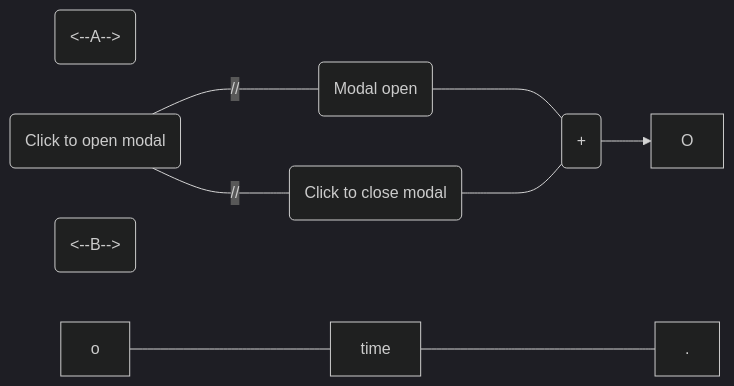
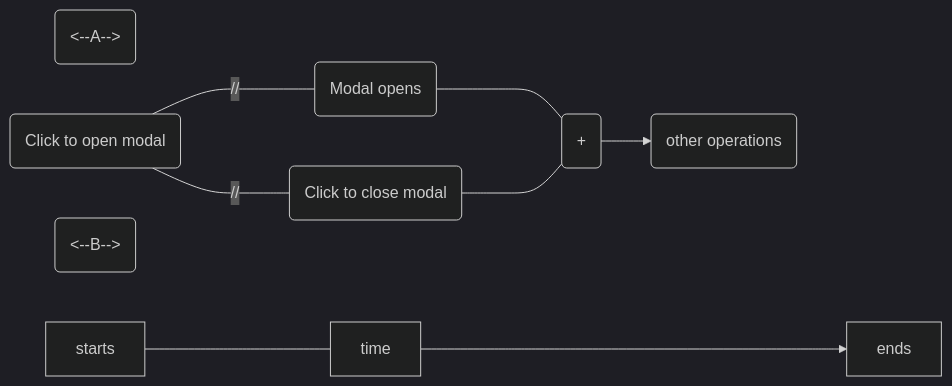
The first of 3 diagrams in End-to-End-Tests.md (oppia/oppia-web-developer-docs), drawn with Mermaid (dark theme) before and after one commit. The commit also changed other lines of this file, not shown here.

Commit message:
End-to-End-Tests to mermaid

````diff
--- a/End-to-End-Tests.md
+++ b/End-to-End-Tests.md
@@ -54,14 +54,14 @@
 ```mermaid
 flowchart LR
 a("<--A-->")
 
-A("Click to open modal") ----|"//"| B("Modal open")
+A("Click to open modal") ----|"//"| B("Modal opens")
 A ---- |"//"| C("Click to close modal")
 B ---- P("+")
 C ---- P
-P -->O
+P --> Q("other operations")
 
 b("<--B-->")
 
-o ----time----- .
+starts ---- time -----> ends
 ```
````
